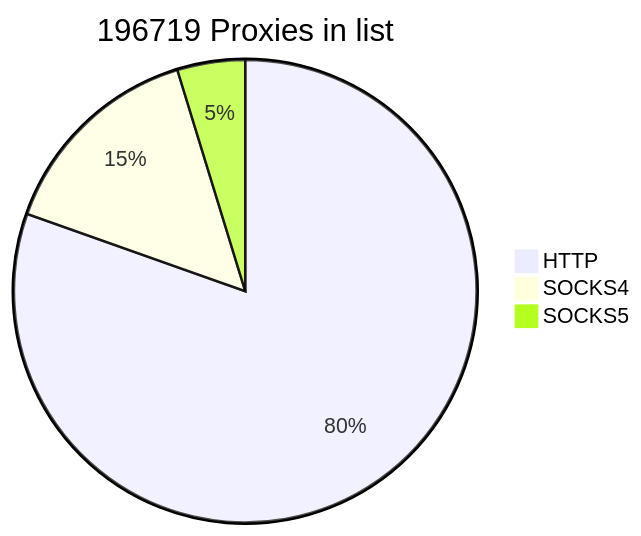
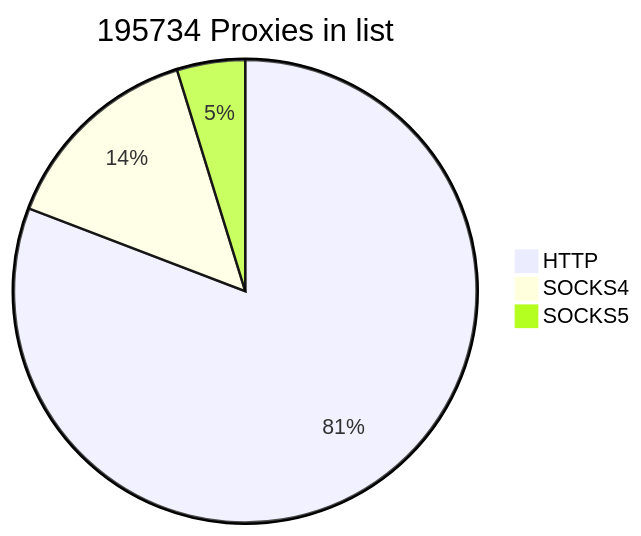
The first of 2 diagrams in README.md (cutipu/proxylist), drawn with Mermaid before and after one commit. The commit also changed other lines of this file, not shown here.

````diff
--- a/README.md
+++ b/README.md
@@ -2,7 +2,7 @@
 ```mermaid
-pie title 196719 Proxies in list
-    "HTTP" : 158201
-    "SOCKS4" : 29195
-    "SOCKS5" : 9323
+pie title 195734 Proxies in list
+    "HTTP" : 158189
+    "SOCKS4" : 28232
+    "SOCKS5" : 9313
             
 ```
````
